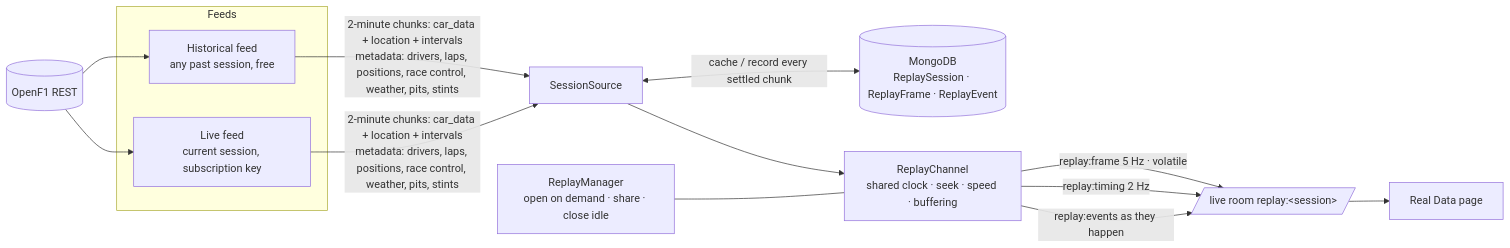
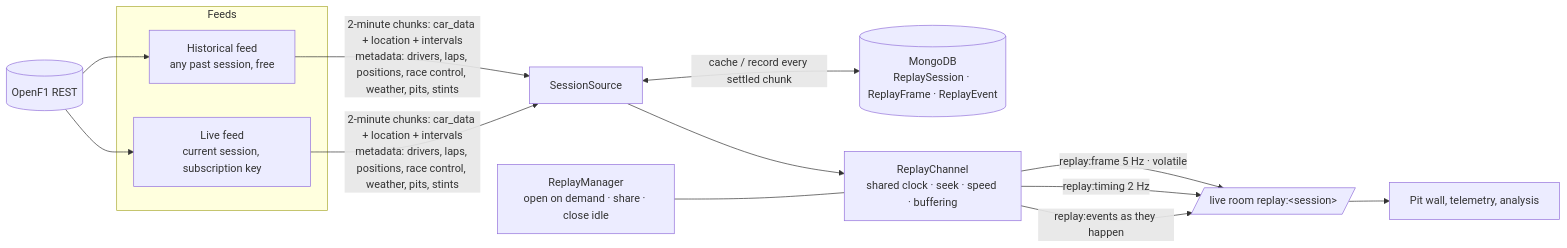
The fourth of 5 diagrams in docs/ARCHITECTURE.md (Ivan825/Slipstream), drawn with Mermaid before and after one commit. The commit also changed other lines of this file and 12 other files, not shown here.

````diff
--- a/docs/ARCHITECTURE.md
+++ b/docs/ARCHITECTURE.md
@@ -154,16 +154,16 @@
 ```mermaid
 flowchart LR
   subgraph Feeds
     H[Historical feed<br/>any past session, free]
     LV[Live feed<br/>current session, subscription key]
   end
   OF[(OpenF1 REST)] --> H & LV
   H & LV -->|2-minute chunks: car_data + location + intervals<br/>metadata: drivers, laps, positions, race control, weather, pits, stints| SRC[SessionSource]
   SRC <-->|cache / record every settled chunk| DB[(MongoDB<br/>ReplaySession · ReplayFrame · ReplayEvent)]
   SRC --> CH[ReplayChannel<br/>shared clock · seek · speed · buffering]
   CH -->|replay:frame 5 Hz · volatile| ROOM[/live room replay:&lt;session&gt;/]
   CH -->|replay:timing 2 Hz| ROOM
   CH -->|replay:events as they happen| ROOM
-  ROOM --> UI[Real Data page]
+  ROOM --> UI[Pit wall, telemetry, analysis]
   M[ReplayManager<br/>open on demand · share · close idle] --- CH
 ```
````
